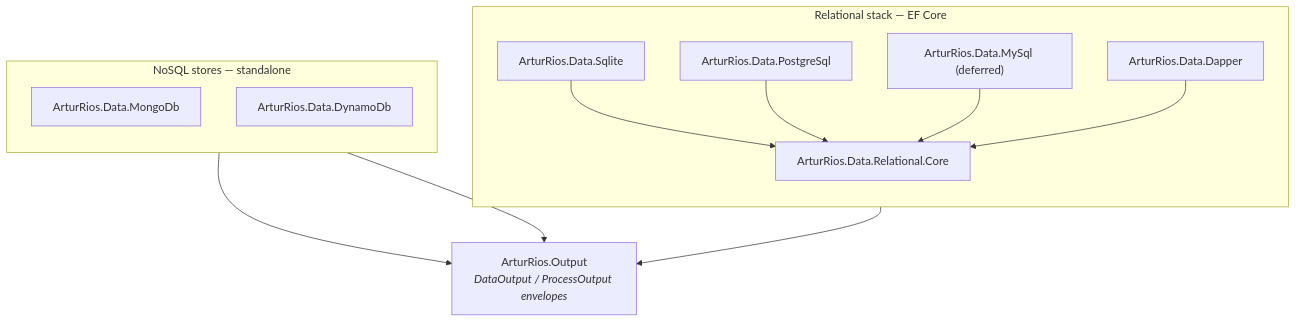
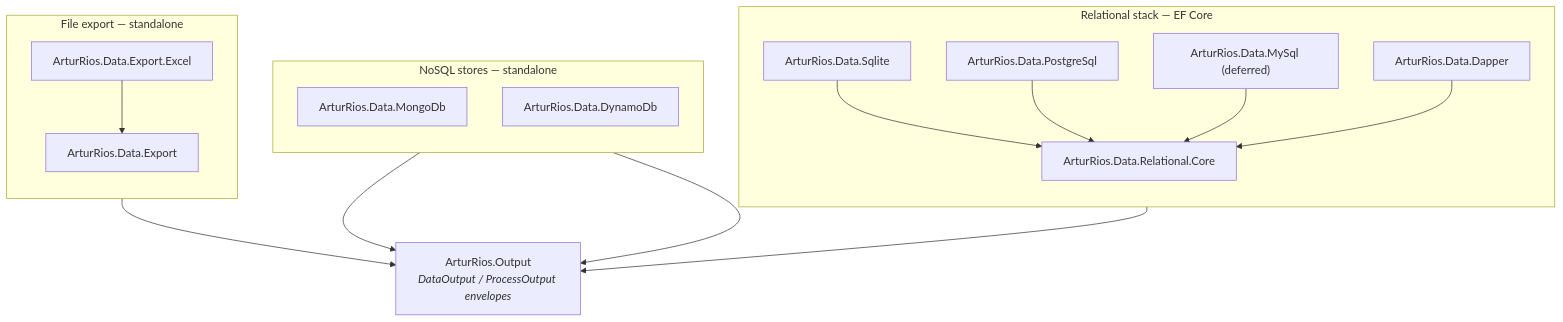
The first of 2 diagrams in docs/content/_index.md (artur-rios/dotnet-data), drawn with Mermaid before and after one commit. The commit also changed other lines of this file and 27 other files, not shown here.

````diff
--- a/docs/content/_index.md
+++ b/docs/content/_index.md
@@ -21,27 +22,35 @@
 ```mermaid
 flowchart TB
     Output["ArturRios.Output<br/><i>DataOutput / ProcessOutput envelopes</i>"]
 
     subgraph Relational["Relational stack — EF Core"]
         direction TB
         Core["ArturRios.Data.Relational.Core"]
         Sqlite["ArturRios.Data.Sqlite"]
         Postgres["ArturRios.Data.PostgreSql"]
         MySql["ArturRios.Data.MySql (deferred)"]
         Dapper["ArturRios.Data.Dapper"]
     end
 
     subgraph NoSQL["NoSQL stores — standalone"]
         direction TB
         Mongo["ArturRios.Data.MongoDb"]
         Dynamo["ArturRios.Data.DynamoDb"]
     end
 
+    subgraph Export["File export — standalone"]
+        direction TB
+        ExportCore["ArturRios.Data.Export"]
+        ExportExcel["ArturRios.Data.Export.Excel"]
+    end
+
     Sqlite --> Core
     Postgres --> Core
     MySql --> Core
     Dapper --> Core
     Core --> Output
     Mongo --> Output
     Dynamo --> Output
+    ExportExcel --> ExportCore
+    ExportCore --> Output
 ```
````
